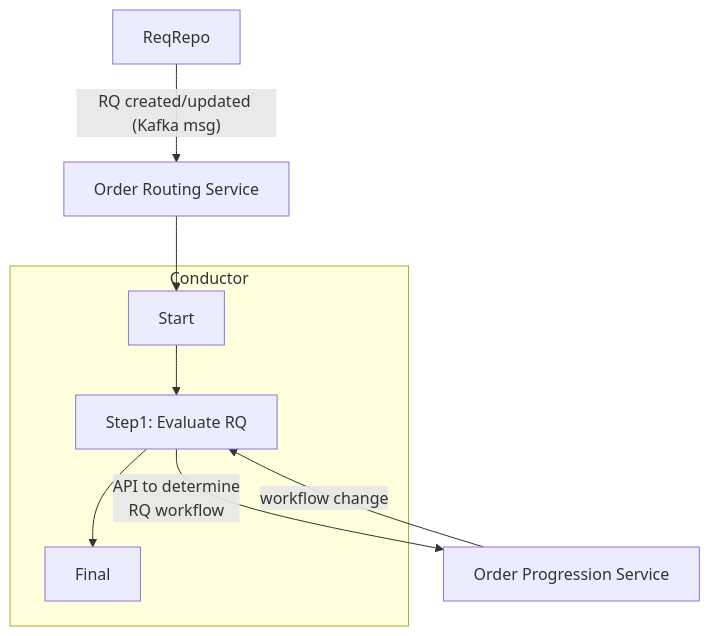
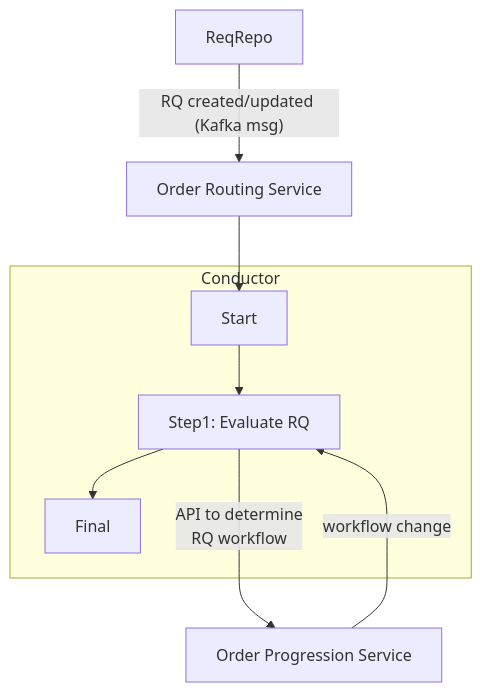
Before and after one commit to jd-brennan/doc: the diagram in playground.md, drawn with Mermaid.

Commit message:
Diag: OPS lower

````diff
--- a/playground.md
+++ b/playground.md
@@ -16,11 +16,11 @@
 ```mermaid
 flowchart TB
     RR[ReqRepo] -- "RQ created/updated (Kafka msg)" --> ORS
     ORS["Order Routing Service"] --> Start
-    Step1 -- "API to determine <br/>RQ workflow" --> OPS
-    OPS["Order Progression Service"] -- workflow change --> Step1
+    Step1 -- "API to determine <br/>RQ workflow" ---> OPS
+    OPS["Order Progression Service"] -- workflow change ---> Step1
     subgraph "Conductor"
         Start --> Step1["Step1: Evaluate RQ"]
 	Step1 --> Final
 end
 ```
````
